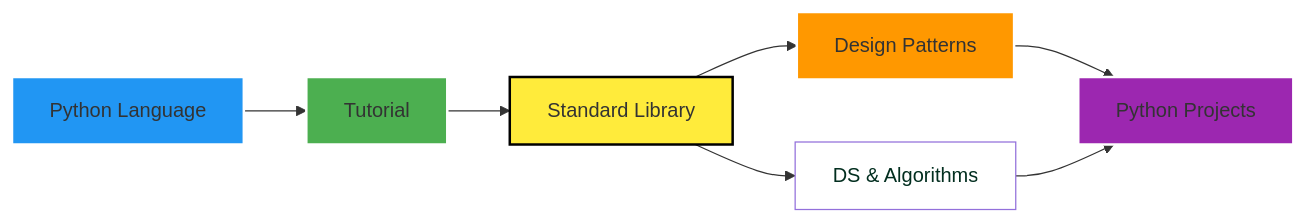
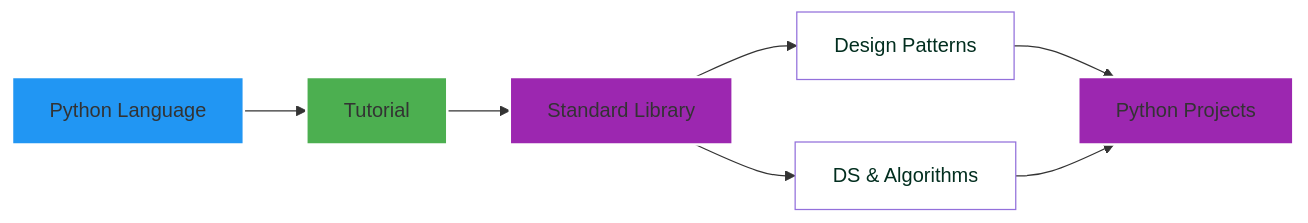
The diagram in README.md (uptimistic/DefinitivePythonCheatsheet), drawn with Mermaid before and after one commit. The commit also changed other lines of this file, not shown here.

````diff
--- a/README.md
+++ b/README.md
@@ -9,20 +9,20 @@
 ```mermaid
 flowchart LR
 
 classDef blue fill:#2196f3,stroke:#fff,stroke-width:2px;
 classDef green fill:#4caf50,stroke:#fff,stroke-width:2px;
 classDef yellow fill:#ffeb3b,stroke:#000,stroke-width:2px;
 classDef orange fill:#ff9800,stroke:#fff,stroke-width:2px;
 classDef red fill:#f44336,stroke:#fff,stroke-width:2px;
 classDef purple fill:#9c27b0,stroke:#fff,stroke-width:2px;
 
  classDef white color:#022e1f,fill:#fff;
 
 
       
-    a[Python Language]:::blue --> b[Tutorial]:::green --> c[Standard Library]:::yellow
-    c-->d[Design Patterns]:::orange
+    a[Python Language]:::blue --> b[Tutorial]:::green --> c[Standard Library]:::purple
+    c-->d[Design Patterns]:::white
     c-->e[DS & Algorithms]:::white
     d-->f[Python Projects]:::purple
     e-->f[Python Projects]:::purple
 ```
````
